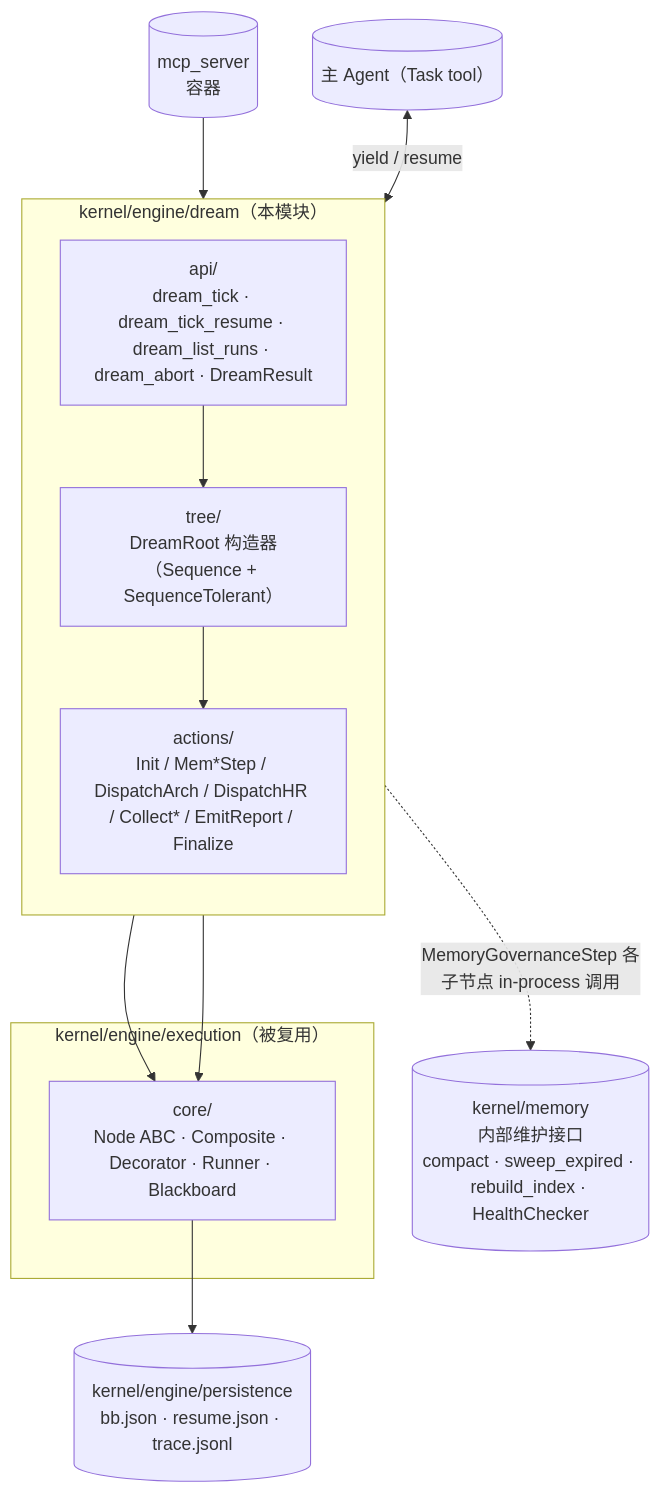
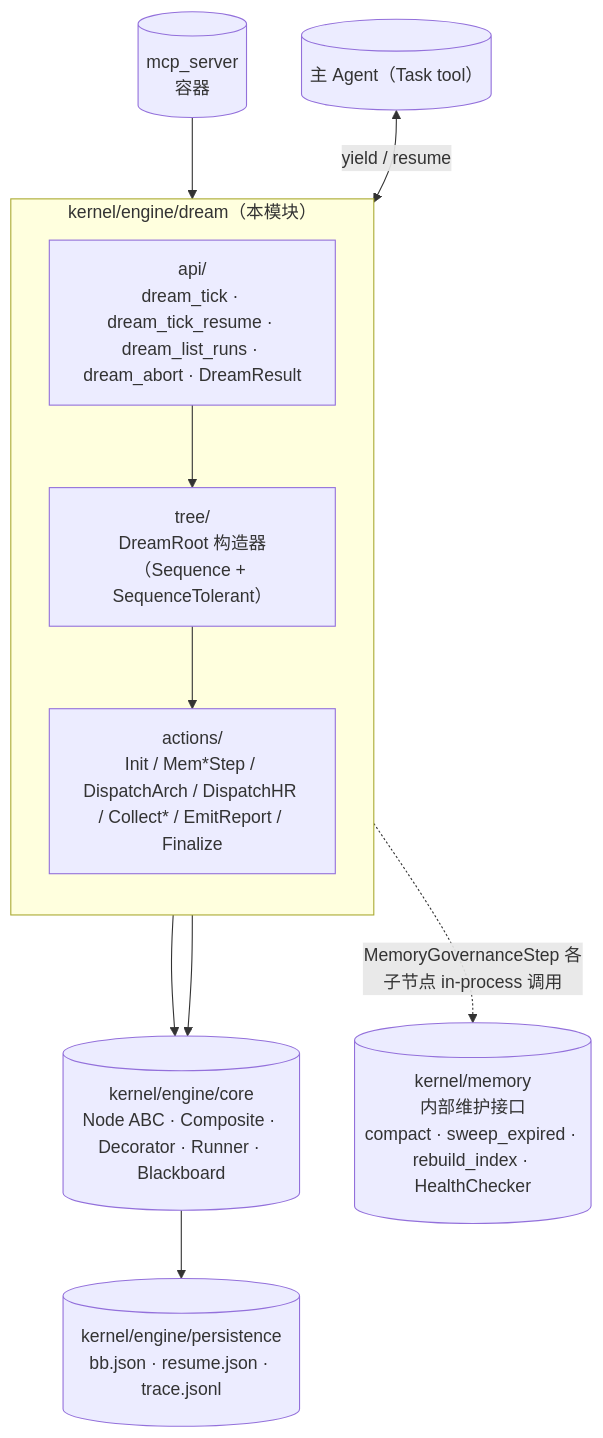
One commit to nan023062/agent-team-cc changed the diagram in v1/kernel/engine/dream/.dna/module.md. Above: the diagram before and after it, drawn with Mermaid. The commit also changed other lines of this file and 3 other files, not shown here.

First line of the commit message:
refactor(engine): promote core/ and persistence/ as engine-level primitives

````diff
--- a/v1/kernel/engine/dream/.dna/module.md
+++ b/v1/kernel/engine/dream/.dna/module.md
@@ -33,27 +33,24 @@
 ```mermaid
 flowchart TB
     subgraph DREAM["kernel/engine/dream（本模块）"]
         direction TB
         Tree["tree/<br/>DreamRoot 构造器（Sequence + SequenceTolerant）"]
         Actions["actions/<br/>Init / Mem*Step / DispatchArch / DispatchHR / Collect* / EmitReport / Finalize"]
         Api["api/<br/>dream_tick · dream_tick_resume · dream_list_runs · dream_abort · DreamResult"]
     end
 
-    subgraph EXEC["kernel/engine/execution（被复用）"]
-        Core["core/<br/>Node ABC · Composite · Decorator · Runner · Blackboard"]
-    end
-
+    Core[("kernel/engine/core<br/>Node ABC · Composite · Decorator · Runner · Blackboard")]
     Persist[("kernel/engine/persistence<br/>bb.json · resume.json · trace.jsonl")]
     MainAgent[("主 Agent（Task tool）")]
     Memory[("kernel/memory<br/>内部维护接口<br/>compact · sweep_expired · rebuild_index · HealthChecker")]
     MCP[("mcp_server<br/>容器")]
 
     MCP --> Api
     MainAgent <-->|yield / resume| Api
     Api --> Tree
     Tree --> Core
     Tree --> Actions
     Actions --> Core
     Core --> Persist
     Actions -.->|MemoryGovernanceStep 各子节点 in-process 调用| Memory
 ```
````
